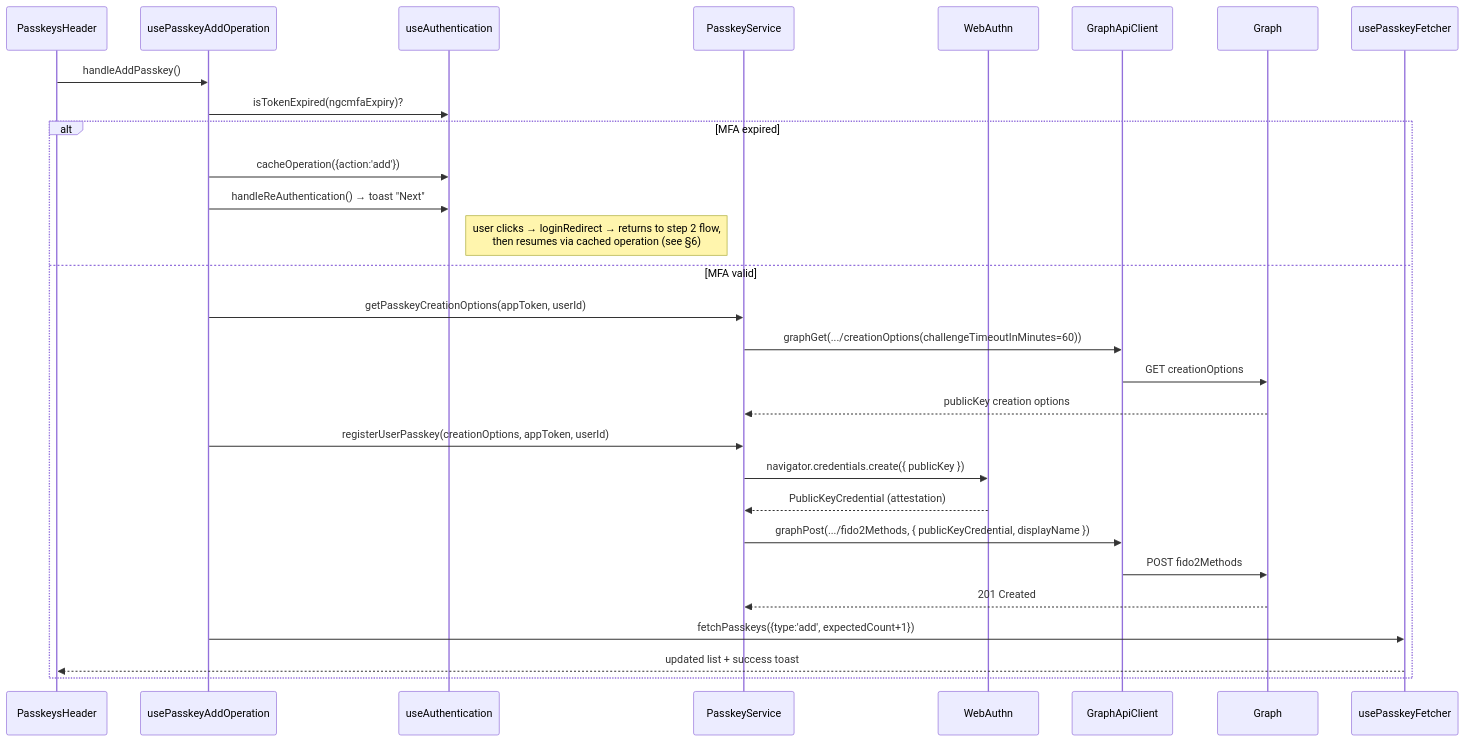
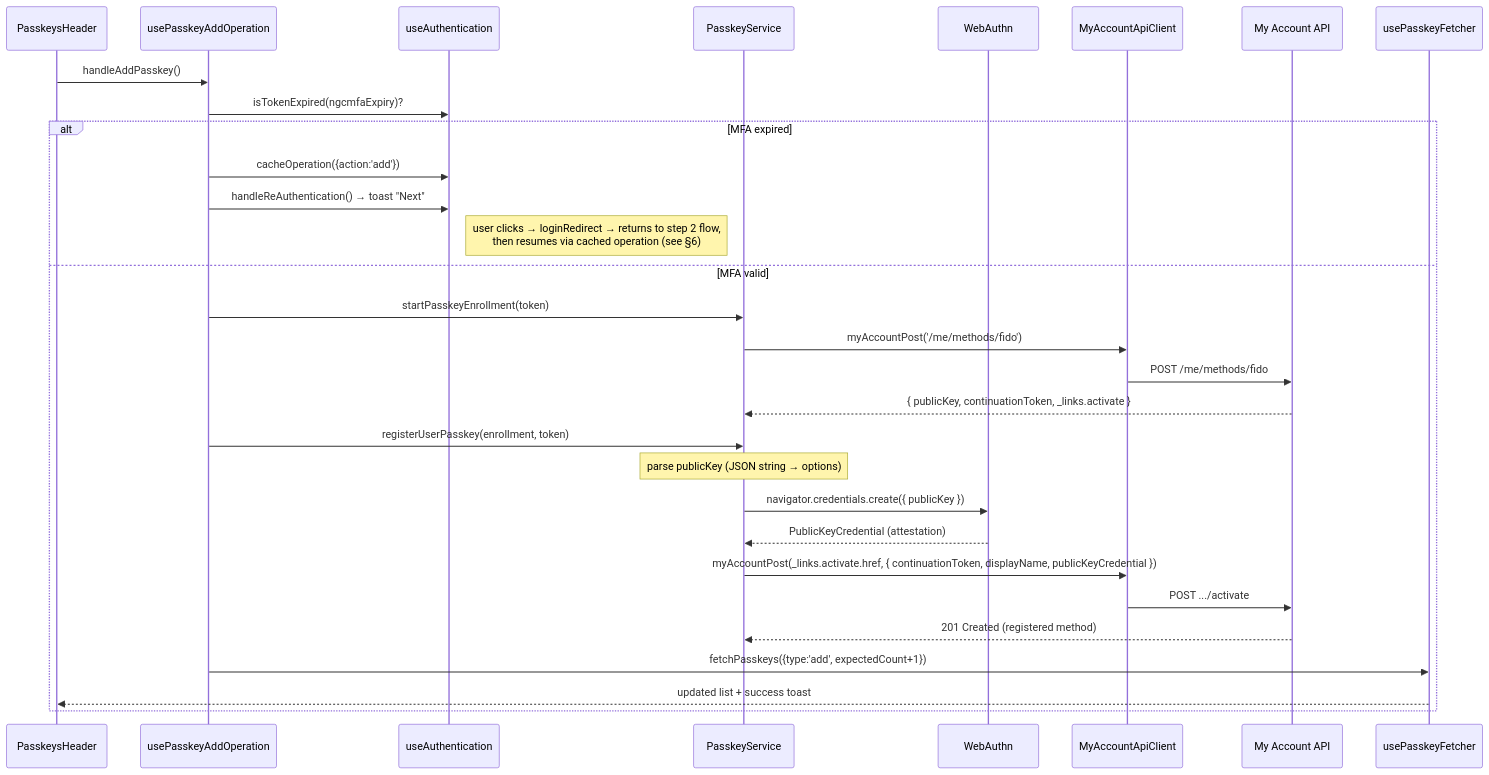
The fourth of 7 diagrams in passkey-sample/docs/DATA-FLOWS.md (Azure-Samples/ms-identity-ciam-native-javascript-samples), drawn with Mermaid before and after one commit. The commit also changed other lines of this file and 4 other files, not shown here.

````diff
--- a/passkey-sample/docs/DATA-FLOWS.md
+++ b/passkey-sample/docs/DATA-FLOWS.md
@@ -136,32 +136,33 @@
 ```mermaid
 sequenceDiagram
     participant Hdr as PasskeysHeader
     participant Add as usePasskeyAddOperation
     participant Auth as useAuthentication
     participant Svc as PasskeyService
     participant WA as WebAuthn
-    participant GC as GraphApiClient
-    participant Graph
+    participant MA as MyAccountApiClient
+    participant MyAcct as My Account API
     participant Fetch as usePasskeyFetcher
 
     Hdr->>Add: handleAddPasskey()
     Add->>Auth: isTokenExpired(ngcmfaExpiry)?
     alt MFA expired
         Add->>Auth: cacheOperation({action:'add'})
         Add->>Auth: handleReAuthentication() → toast "Next"
         Note right of Auth: user clicks → loginRedirect → returns to step 2 flow,<br/>then resumes via cached operation (see §6)
     else MFA valid
-        Add->>Svc: getPasskeyCreationOptions(appToken, userId)
-        Svc->>GC: graphGet(.../creationOptions(challengeTimeoutInMinutes=60))
-        GC->>Graph: GET creationOptions
-        Graph-->>Svc: publicKey creation options
-        Add->>Svc: registerUserPasskey(creationOptions, appToken, userId)
+        Add->>Svc: startPasskeyEnrollment(token)
+        Svc->>MA: myAccountPost('/me/methods/fido')
+        MA->>MyAcct: POST /me/methods/fido
+        MyAcct-->>Svc: { publicKey, continuationToken, _links.activate }
+        Add->>Svc: registerUserPasskey(enrollment, token)
+        Note over Svc: parse publicKey (JSON string → options)
         Svc->>WA: navigator.credentials.create({ publicKey })
         WA-->>Svc: PublicKeyCredential (attestation)
-        Svc->>GC: graphPost(.../fido2Methods, { publicKeyCredential, displayName })
-        GC->>Graph: POST fido2Methods
-        Graph-->>Svc: 201 Created
+        Svc->>MA: myAccountPost(_links.activate.href, { continuationToken, displayName, publicKeyCredential })
+        MA->>MyAcct: POST .../activate
+        MyAcct-->>Svc: 201 Created (registered method)
         Add->>Fetch: fetchPasskeys({type:'add', expectedCount+1})
         Fetch-->>Hdr: updated list + success toast
     end
 ```
````
